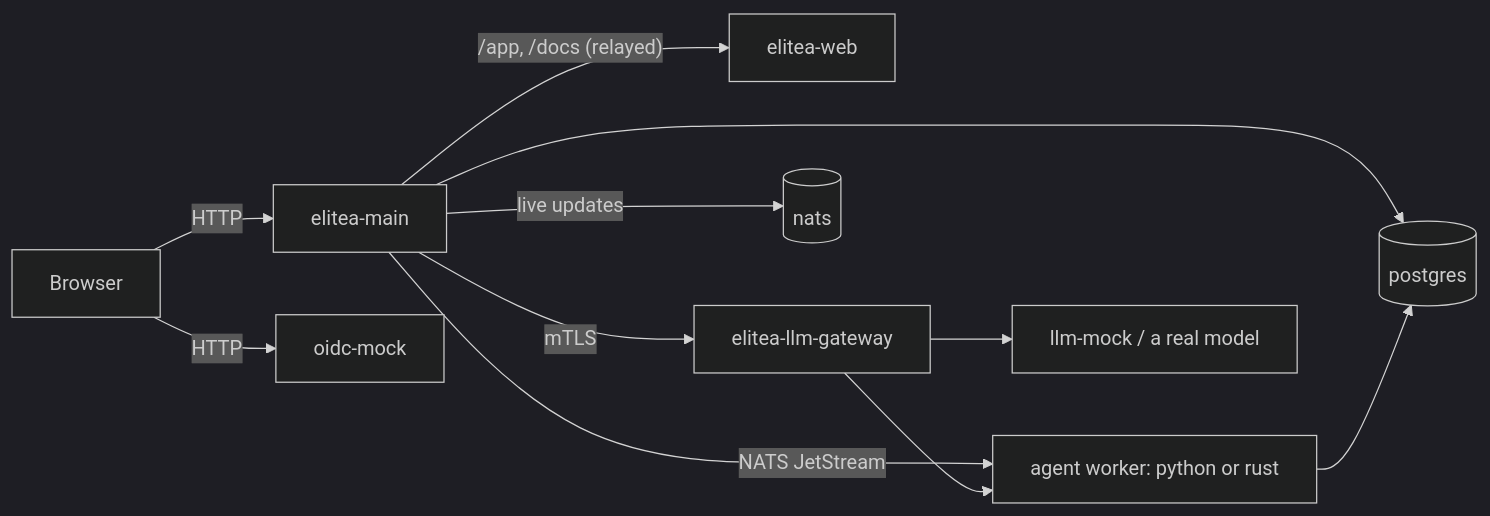
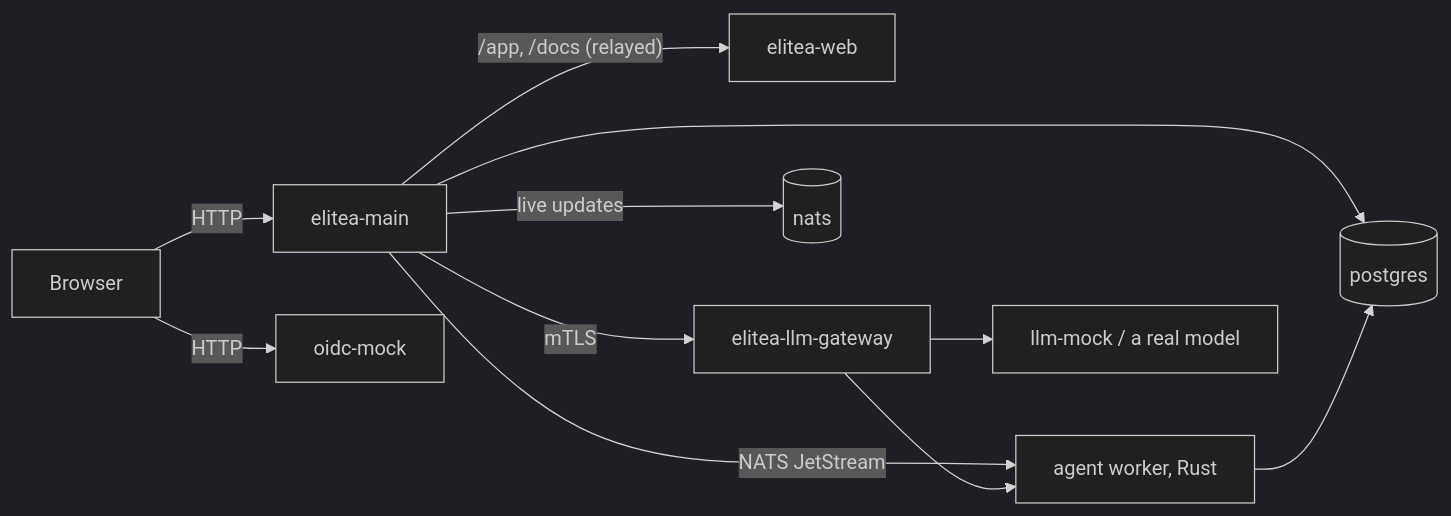
One commit to elitea-ng/elitea-platform changed the diagram in apps/elitea-web/src/entries/docs/content/development/overview.mdx. Above: the diagram before and after it, drawn with Mermaid (dark theme). The commit also changed other lines of this file and 164 other files, not shown here.

````diff
--- a/apps/elitea-web/src/entries/docs/content/development/overview.mdx
+++ b/apps/elitea-web/src/entries/docs/content/development/overview.mdx
@@ -72,13 +73,13 @@
 ```mermaid
 flowchart LR
     Browser -->|HTTP| Main[elitea-main]
     Browser -->|HTTP| OIDC[oidc-mock]
     Main -->|"/app, /docs (relayed)"| Web[elitea-web]
     Main -->|mTLS| Gateway[elitea-llm-gateway]
-    Main -->|NATS JetStream| Worker[agent worker: python or rust]
+    Main -->|NATS JetStream| Worker[agent worker, Rust]
     Gateway --> Worker
     Gateway --> LLMMock[llm-mock / a real model]
     Main --> DB[(postgres)]
     Main -->|live updates| NATS[(nats)]
     Worker --> DB
 ```
````
